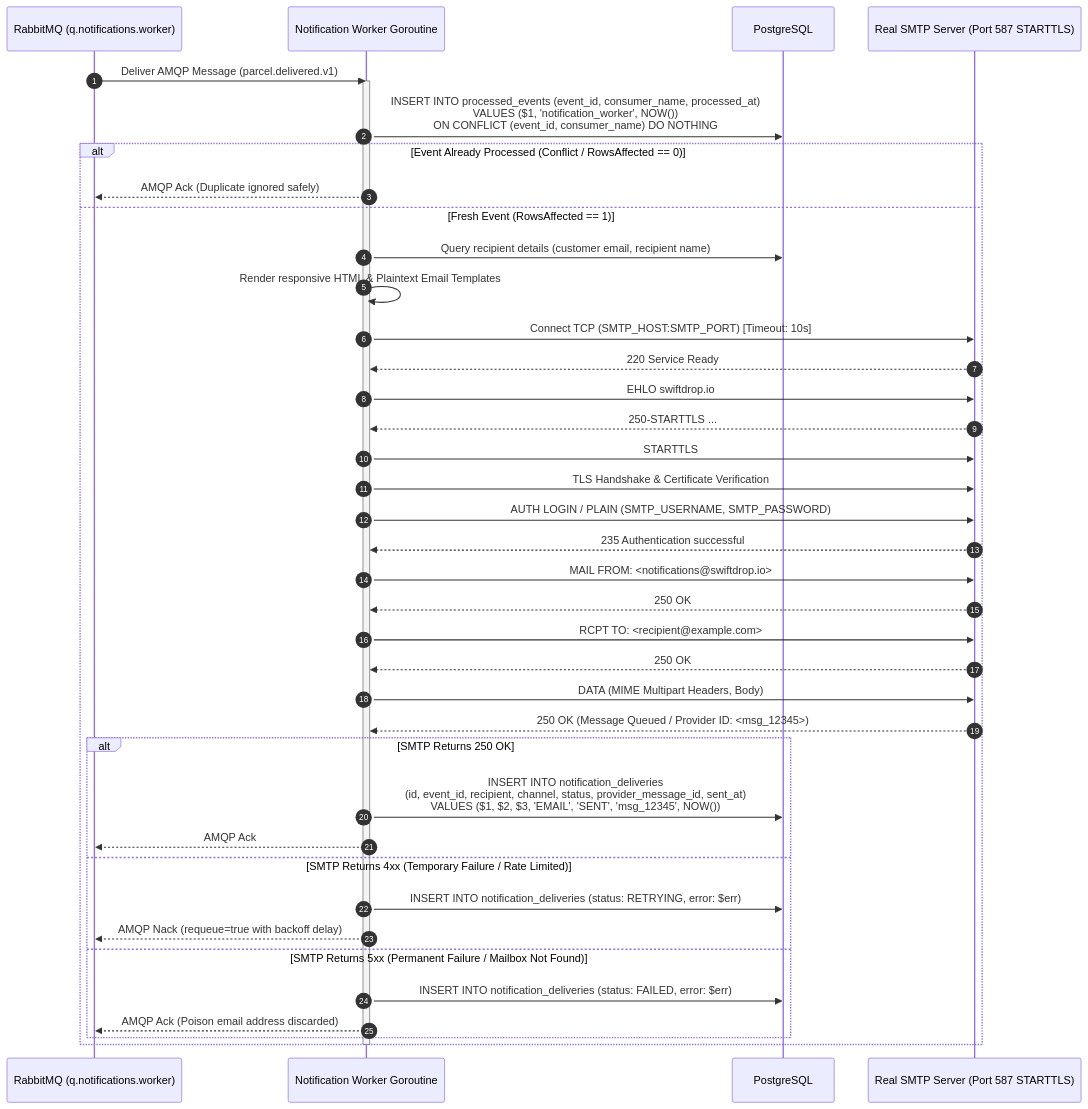
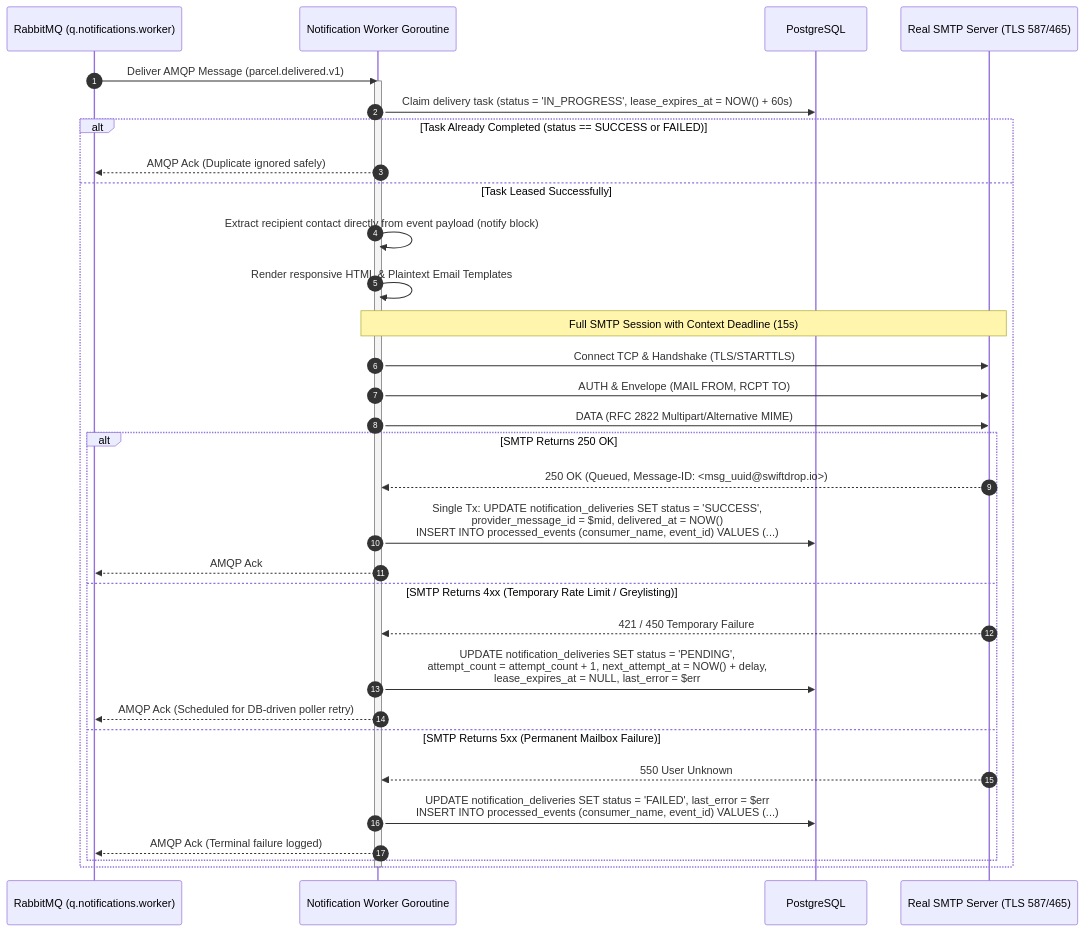
Before and after one commit to phantomTroupeEAD/SwiftDrop: the fifth of 8 diagrams in docs/drafts/member-08-events-messaging/doc-02-functional-flows-and-business-rules.md, drawn with Mermaid. The commit also changed other lines of this file and 13 other files, not shown here.

Commit message:
docs(member-08): harmonize event-driven messaging specs, resolve review findings, and add change requests

````diff
--- a/docs/drafts/member-08-events-messaging/doc-02-functional-flows-and-business-rules.md
+++ b/docs/drafts/member-08-events-messaging/doc-02-functional-flows-and-business-rules.md
@@ -169,47 +180,40 @@
 ```mermaid
 sequenceDiagram
     autonumber
     participant Broker as RabbitMQ (q.notifications.worker)
     participant Worker as Notification Worker Goroutine
     participant DB as PostgreSQL
-    participant SMTP as Real SMTP Server (Port 587 STARTTLS)
+    participant SMTP as Real SMTP Server (TLS 587/465)
 
     Broker->>Worker: Deliver AMQP Message (parcel.delivered.v1)
+    activate Worker
     
-    activate Worker
-    Worker->>DB: INSERT INTO processed_events (event_id, consumer_name, processed_at)<br/>VALUES ($1, 'notification_worker', NOW())<br/>ON CONFLICT (event_id, consumer_name) DO NOTHING;
+    Worker->>DB: Claim delivery task (status = 'IN_PROGRESS', lease_expires_at = NOW() + 60s)
     
-    alt Event Already Processed (Conflict / RowsAffected == 0)
+    alt Task Already Completed (status == SUCCESS or FAILED)
         Worker-->>Broker: AMQP Ack (Duplicate ignored safely)
-    else Fresh Event (RowsAffected == 1)
-        Worker->>DB: Query recipient details (customer email, recipient name)
+    else Task Leased Successfully
+        Worker->>Worker: Extract recipient contact directly from event payload (notify block)
         Worker->>Worker: Render responsive HTML & Plaintext Email Templates
         
-        Worker->>SMTP: Connect TCP (SMTP_HOST:SMTP_PORT) [Timeout: 10s]
-        SMTP-->>Worker: 220 Service Ready
-        Worker->>SMTP: EHLO swiftdrop.io
-        SMTP-->>Worker: 250-STARTTLS ...
-        Worker->>SMTP: STARTTLS
-        Worker->>SMTP: TLS Handshake & Certificate Verification
-        Worker->>SMTP: AUTH LOGIN / PLAIN (SMTP_USERNAME, SMTP_PASSWORD)
-        SMTP-->>Worker: 235 Authentication successful
-        Worker->>SMTP: MAIL FROM: <notifications@swiftdrop.io>
-        SMTP-->>Worker: 250 OK
-        Worker->>SMTP: RCPT TO: <recipient@example.com>
-        SMTP-->>Worker: 250 OK
-        Worker->>SMTP: DATA (MIME Multipart Headers, Body)
-        SMTP-->>Worker: 250 OK (Message Queued / Provider ID: <msg_12345>)
+        Note over Worker,SMTP: Full SMTP Session with Context Deadline (15s)
+        Worker->>SMTP: Connect TCP & Handshake (TLS/STARTTLS)
+        Worker->>SMTP: AUTH & Envelope (MAIL FROM, RCPT TO)
+        Worker->>SMTP: DATA (RFC 2822 Multipart/Alternative MIME)
         
         alt SMTP Returns 250 OK
-            Worker->>DB: INSERT INTO notification_deliveries<br/>(id, event_id, recipient, channel, status, provider_message_id, sent_at)<br/>VALUES ($1, $2, $3, 'EMAIL', 'SENT', 'msg_12345', NOW());
+            SMTP-->>Worker: 250 OK (Queued, Message-ID: <msg_uuid@swiftdrop.io>)
+            Worker->>DB: Single Tx: UPDATE notification_deliveries SET status = 'SUCCESS',<br/>provider_message_id = $mid, delivered_at = NOW()<br/>INSERT INTO processed_events (consumer_name, event_id) VALUES (...)
             Worker-->>Broker: AMQP Ack
-        else SMTP Returns 4xx (Temporary Failure / Rate Limited)
-            Worker->>DB: INSERT INTO notification_deliveries (status: RETRYING, error: $err)
-            Worker-->>Broker: AMQP Nack (requeue=true with backoff delay)
-        else SMTP Returns 5xx (Permanent Failure / Mailbox Not Found)
-            Worker->>DB: INSERT INTO notification_deliveries (status: FAILED, error: $err)
-            Worker-->>Broker: AMQP Ack (Poison email address discarded)
+        else SMTP Returns 4xx (Temporary Rate Limit / Greylisting)
+            SMTP-->>Worker: 421 / 450 Temporary Failure
+            Worker->>DB: UPDATE notification_deliveries SET status = 'PENDING',<br/>attempt_count = attempt_count + 1, next_attempt_at = NOW() + delay,<br/>lease_expires_at = NULL, last_error = $err
+            Worker-->>Broker: AMQP Ack (Scheduled for DB-driven poller retry)
+        else SMTP Returns 5xx (Permanent Mailbox Failure)
+            SMTP-->>Worker: 550 User Unknown
+            Worker->>DB: UPDATE notification_deliveries SET status = 'FAILED', last_error = $err<br/>INSERT INTO processed_events (consumer_name, event_id) VALUES (...)
+            Worker-->>Broker: AMQP Ack (Terminal failure logged)
         end
     end
     deactivate Worker
 ```
````
